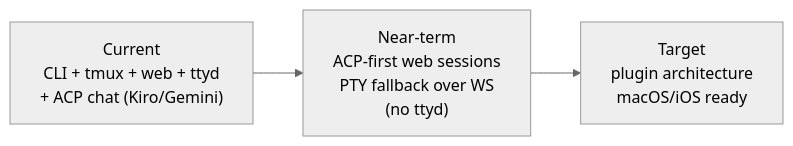
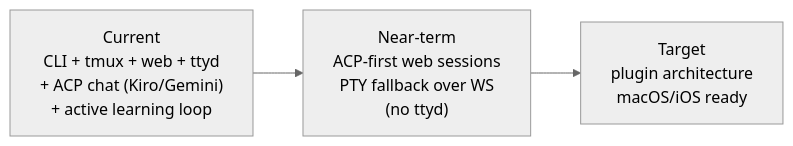
One commit to NetDevAutomate/StudyLoop changed the diagram in docs/architecture.md. Above: the diagram before and after it, drawn with Mermaid (neutral theme). The commit also changed other lines of this file and 7 other files, not shown here.

Commit message:
docs: update architecture for active learning loops

````diff
--- a/docs/architecture.md
+++ b/docs/architecture.md
@@ -19,8 +19,8 @@
 ```mermaid
 flowchart LR
-    Current["Current<br/>CLI + tmux + web + ttyd<br/>+ ACP chat (Kiro/Gemini)"]
+    Current["Current<br/>CLI + tmux + web + ttyd<br/>+ ACP chat (Kiro/Gemini)<br/>+ active learning loop"]
     Hybrid["Near-term<br/>ACP-first web sessions<br/>PTY fallback over WS<br/>(no ttyd)"]
     Target["Target<br/>plugin architecture<br/>macOS/iOS ready"]
 
     Current --> Hybrid --> Target
 ```
````
